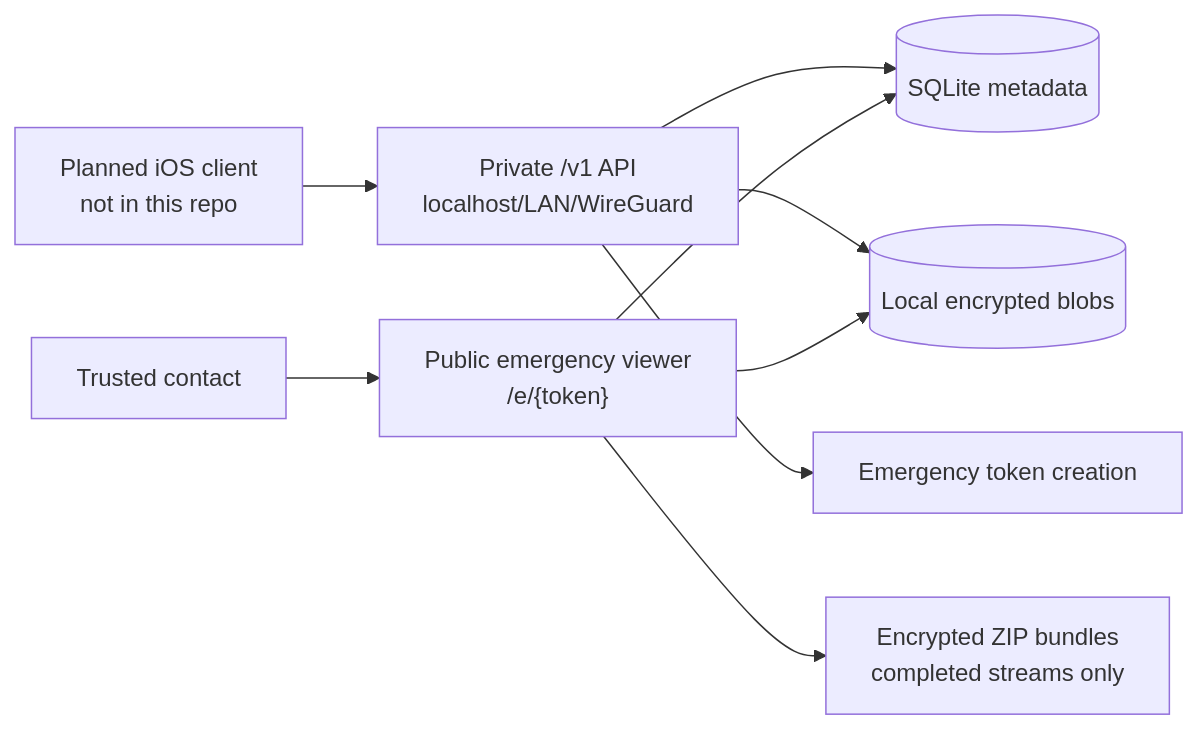
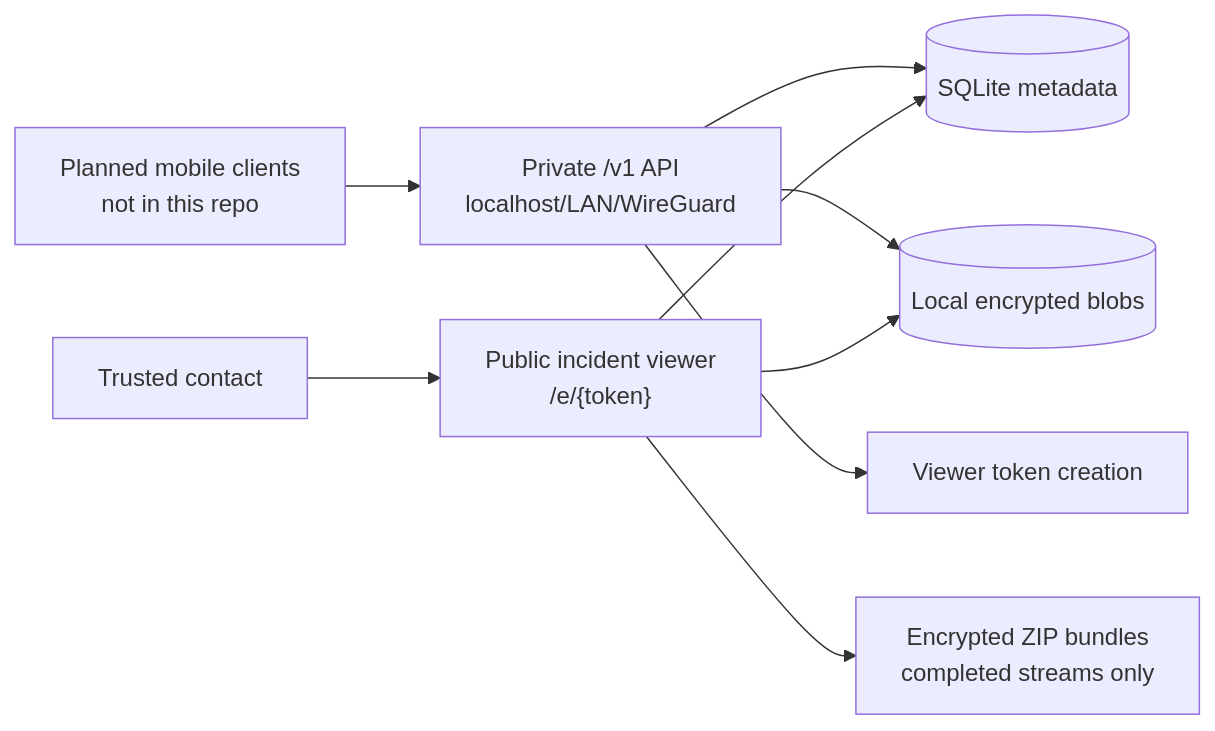
The diagram in README.md (open-proofline/server), drawn with Mermaid before and after one commit. The commit also changed other lines of this file, not shown here.

````diff
--- a/README.md
+++ b/README.md
@@ -52,11 +75,11 @@
 ```mermaid
 flowchart LR
-    FutureClient["Planned iOS client<br/>not in this repo"] --> Private["Private /v1 API<br/>localhost/LAN/WireGuard"]
+    FutureClient["Planned mobile clients<br/>not in this repo"] --> Private["Private /v1 API<br/>localhost/LAN/WireGuard"]
     Private --> DB[(SQLite metadata)]
     Private --> Blobs[(Local encrypted blobs)]
-    Private --> Tokens["Emergency token creation"]
-    Contact["Trusted contact"] --> Public["Public emergency viewer<br/>/e/{token}"]
+    Private --> Tokens["Viewer token creation"]
+    Contact["Trusted contact"] --> Public["Public incident viewer<br/>/e/{token}"]
     Public --> DB
     Public --> Blobs
     Public --> Bundles["Encrypted ZIP bundles<br/>completed streams only"]
 ```
````
